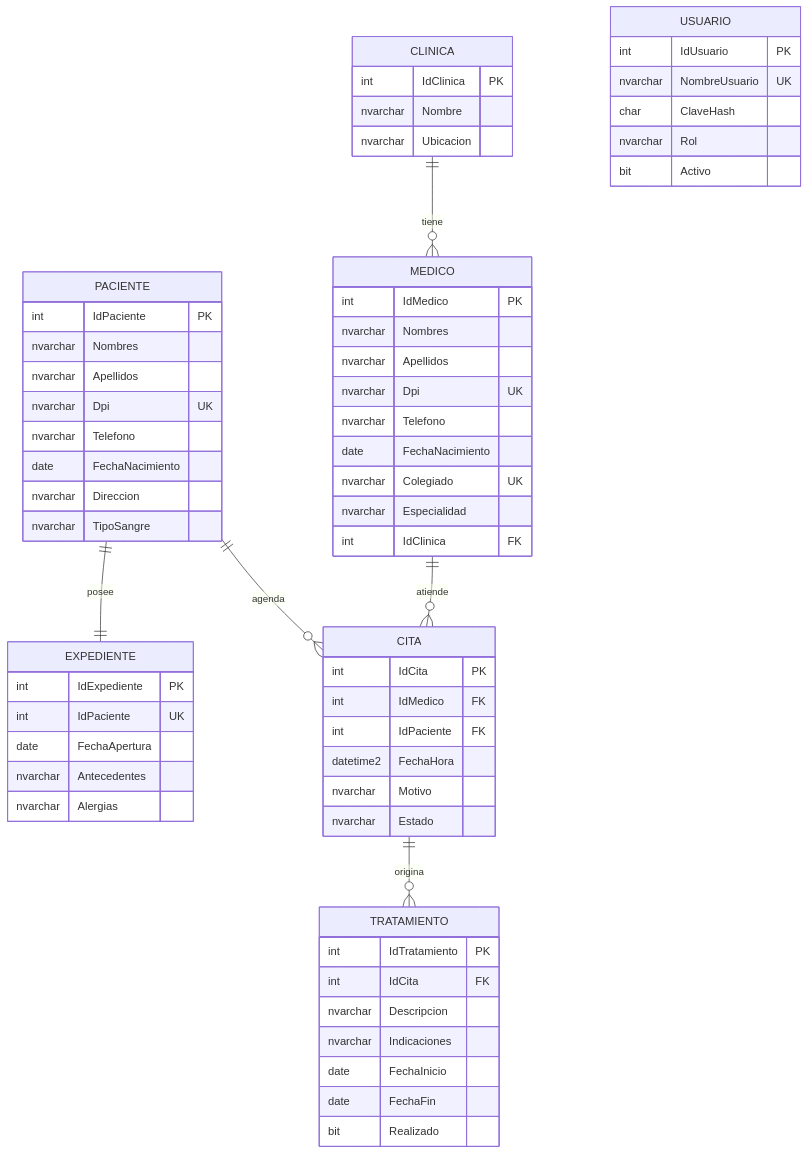
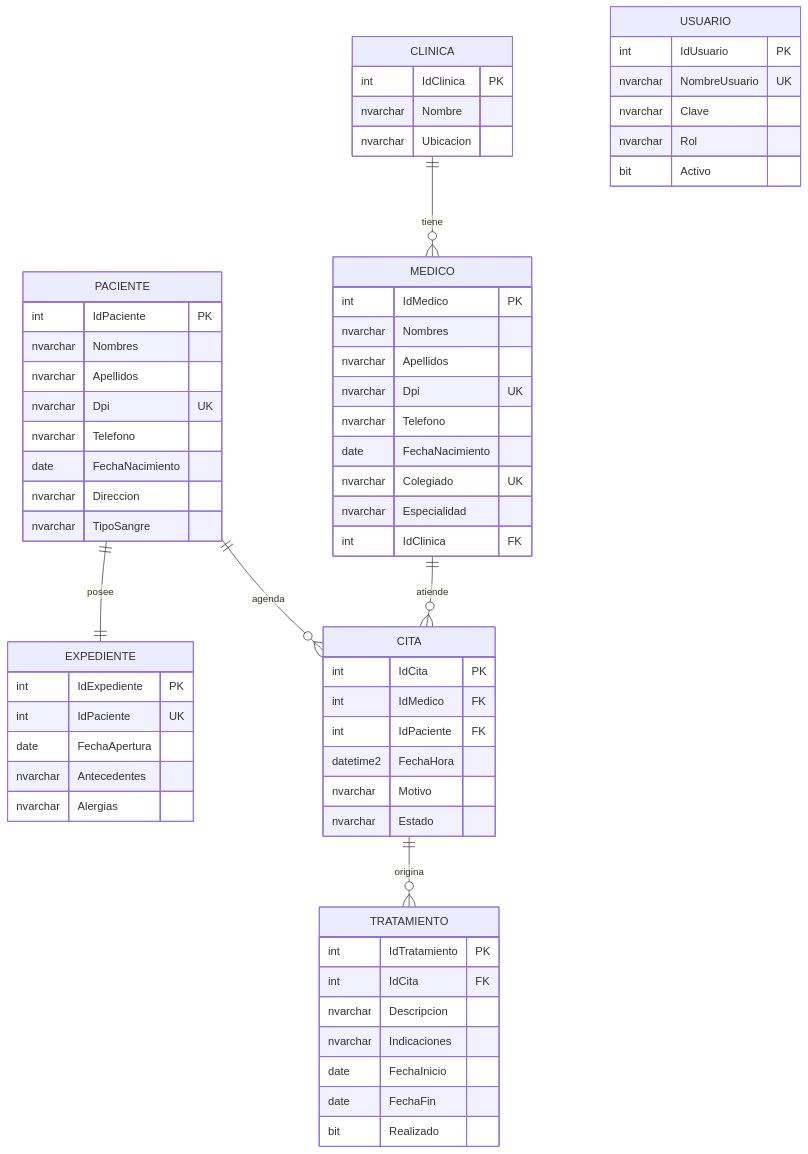
One commit to AlejandrouUmgGt/GestionClinicaSolution changed the second of 2 diagrams in Documentacion/InformeRequerimientosYDiagramas.md. Above: the diagram before and after it, drawn with Mermaid. The commit also changed other lines of this file, not shown here.

Commit message:
Quitar referencias al hash en Documentacion/InformeRequerimientosYDiagramas.md

````diff
--- a/Documentacion/InformeRequerimientosYDiagramas.md
+++ b/Documentacion/InformeRequerimientosYDiagramas.md
@@ -175,66 +175,66 @@
 ```mermaid
 erDiagram
     CLINICA {
         int IdClinica PK
         nvarchar Nombre
         nvarchar Ubicacion
     }
     USUARIO {
         int IdUsuario PK
         nvarchar NombreUsuario UK
-        char ClaveHash
+        nvarchar Clave
         nvarchar Rol
         bit Activo
     }
     MEDICO {
         int IdMedico PK
         nvarchar Nombres
         nvarchar Apellidos
         nvarchar Dpi UK
         nvarchar Telefono
         date FechaNacimiento
         nvarchar Colegiado UK
         nvarchar Especialidad
         int IdClinica FK
     }
     PACIENTE {
         int IdPaciente PK
         nvarchar Nombres
         nvarchar Apellidos
         nvarchar Dpi UK
         nvarchar Telefono
         date FechaNacimiento
         nvarchar Direccion
         nvarchar TipoSangre
     }
     EXPEDIENTE {
         int IdExpediente PK
         int IdPaciente UK
         date FechaApertura
         nvarchar Antecedentes
         nvarchar Alergias
     }
     CITA {
         int IdCita PK
         int IdMedico FK
         int IdPaciente FK
         datetime2 FechaHora
         nvarchar Motivo
         nvarchar Estado
     }
     TRATAMIENTO {
         int IdTratamiento PK
         int IdCita FK
         nvarchar Descripcion
         nvarchar Indicaciones
         date FechaInicio
         date FechaFin
         bit Realizado
     }
 
     CLINICA ||--o{ MEDICO : tiene
     PACIENTE ||--|| EXPEDIENTE : posee
     MEDICO ||--o{ CITA : atiende
     PACIENTE ||--o{ CITA : agenda
     CITA ||--o{ TRATAMIENTO : origina
 ```
````
